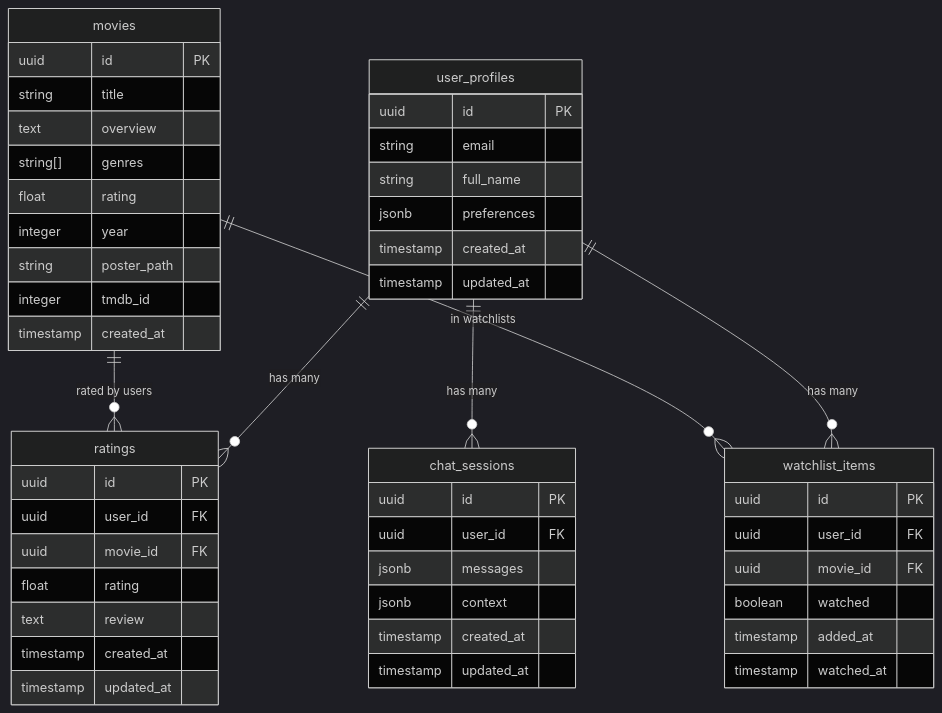
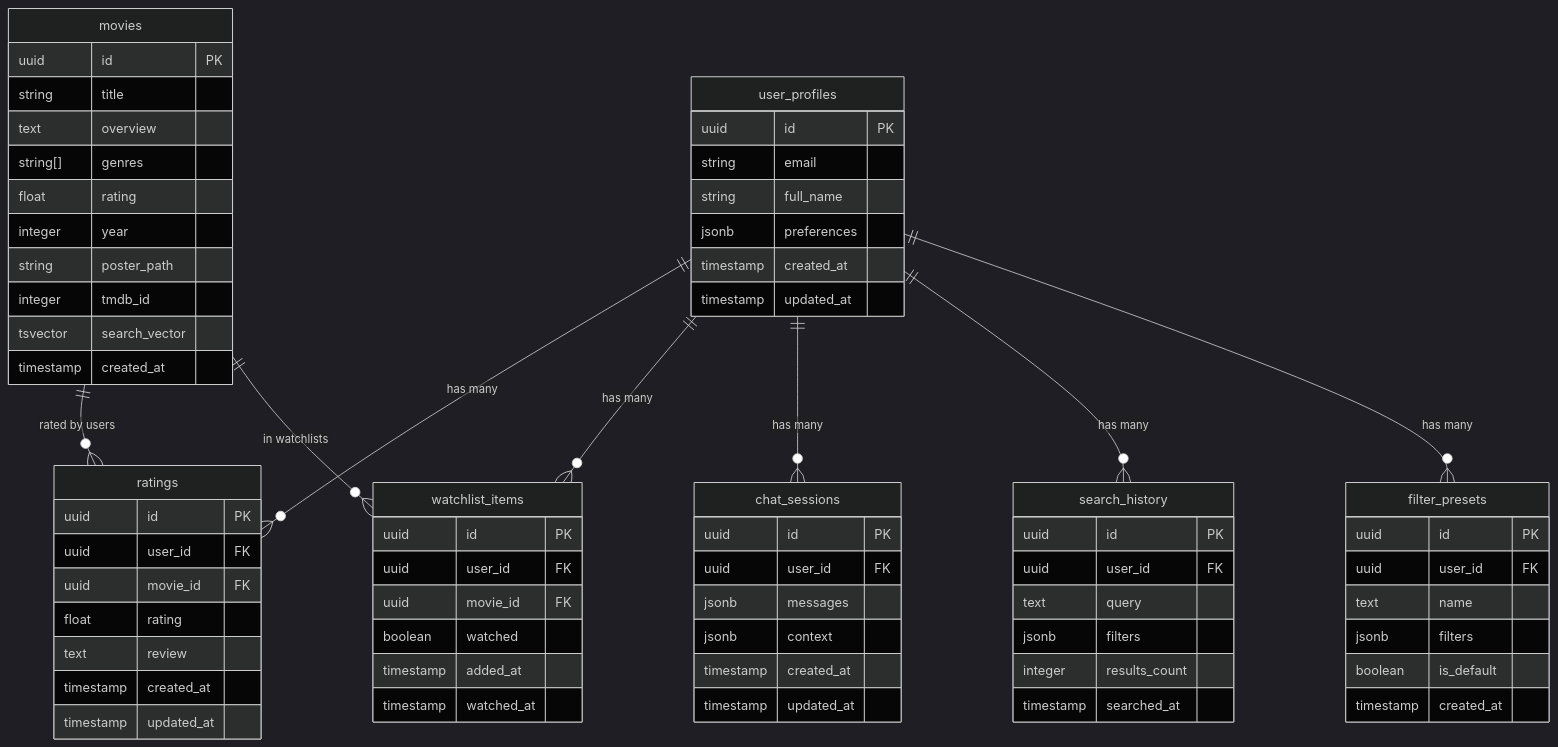
The second of 2 diagrams in docs/ARCHITECTURE.md (pmahajan3105/movieapp), drawn with Mermaid (dark theme) before and after one commit. The commit also changed other lines of this file and 194 other files, not shown here.

````diff
--- a/docs/ARCHITECTURE.md
+++ b/docs/ARCHITECTURE.md
@@ -130,57 +226,78 @@
 ```mermaid
 erDiagram
     user_profiles {
         uuid id PK
         string email
         string full_name
         jsonb preferences
         timestamp created_at
         timestamp updated_at
     }
 
     movies {
         uuid id PK
         string title
         text overview
         string[] genres
         float rating
         integer year
         string poster_path
         integer tmdb_id
+        tsvector search_vector
         timestamp created_at
     }
 
     ratings {
         uuid id PK
         uuid user_id FK
         uuid movie_id FK
         float rating
         text review
         timestamp created_at
         timestamp updated_at
     }
 
     watchlist_items {
         uuid id PK
         uuid user_id FK
         uuid movie_id FK
         boolean watched
         timestamp added_at
         timestamp watched_at
     }
 
     chat_sessions {
         uuid id PK
         uuid user_id FK
         jsonb messages
         jsonb context
         timestamp created_at
         timestamp updated_at
     }
 
+    search_history {
+        uuid id PK
+        uuid user_id FK
+        text query
+        jsonb filters
+        integer results_count
+        timestamp searched_at
+    }
+
+    filter_presets {
+        uuid id PK
+        uuid user_id FK
+        text name
+        jsonb filters
+        boolean is_default
+        timestamp created_at
+    }
+
     user_profiles ||--o{ ratings : "has many"
     user_profiles ||--o{ watchlist_items : "has many"
     user_profiles ||--o{ chat_sessions : "has many"
+    user_profiles ||--o{ search_history : "has many"
+    user_profiles ||--o{ filter_presets : "has many"
     movies ||--o{ ratings : "rated by users"
     movies ||--o{ watchlist_items : "in watchlists"
 ```
````
